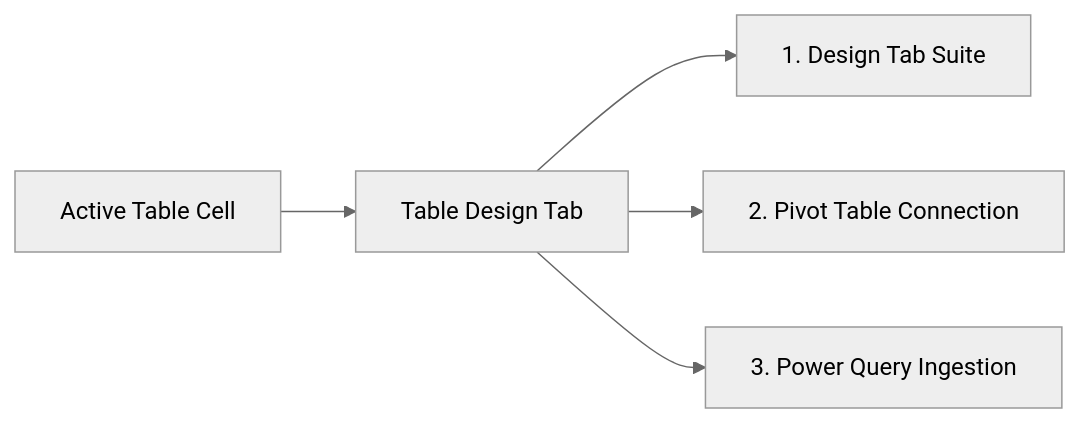
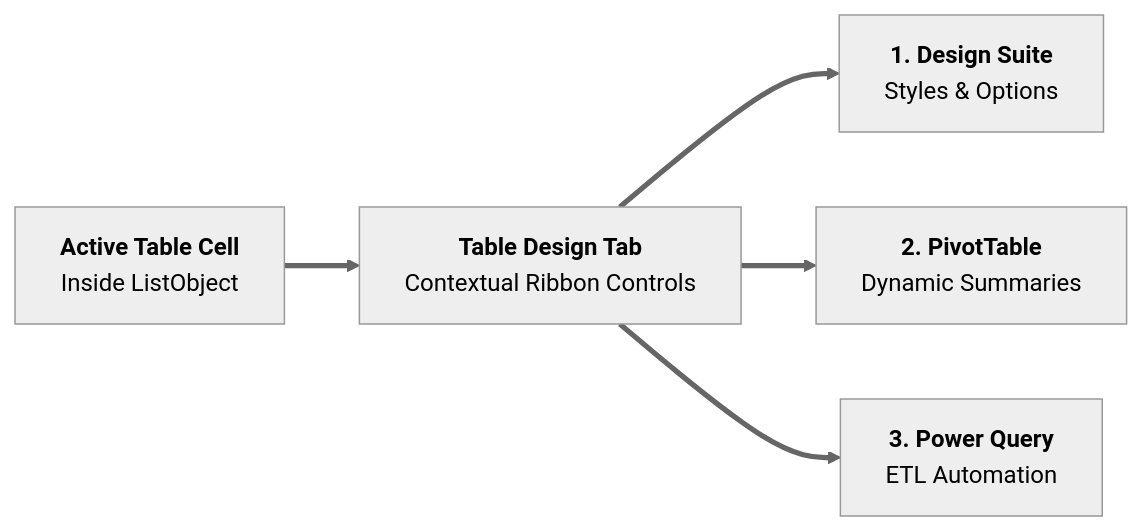
The second of 4 diagrams in 02_Notes/04_Tables/03_Table_Features_and_Best_Practices.md (Sohila-Khaled-Abbas/COURSE-EXCEL-ZERO-TO-HERO), drawn with Mermaid (neutral theme) before and after one commit. The commit also changed other lines of this file and 8 other files, not shown here.

````diff
--- a/02_Notes/04_Tables/03_Table_Features_and_Best_Practices.md
+++ b/02_Notes/04_Tables/03_Table_Features_and_Best_Practices.md
@@ -70,7 +76,7 @@
 ```mermaid
 flowchart LR
-    Cell[Active Table Cell] --> Tab[Table Design Tab]
-    Tab --> A[1. Design Tab Suite]
-    Tab --> B[2. Pivot Table Connection]
-    Tab --> C[3. Power Query Ingestion]
+    Cell["<b>Active Table Cell</b><br/>Inside ListObject"] ==> Tab["<b>Table Design Tab</b><br/>Contextual Ribbon Controls"]
+    Tab ==> A["<b>1. Design Suite</b><br/>Styles & Options"]
+    Tab ==> B["<b>2. PivotTable</b><br/>Dynamic Summaries"]
+    Tab ==> C["<b>3. Power Query</b><br/>ETL Automation"]
 ```
````
